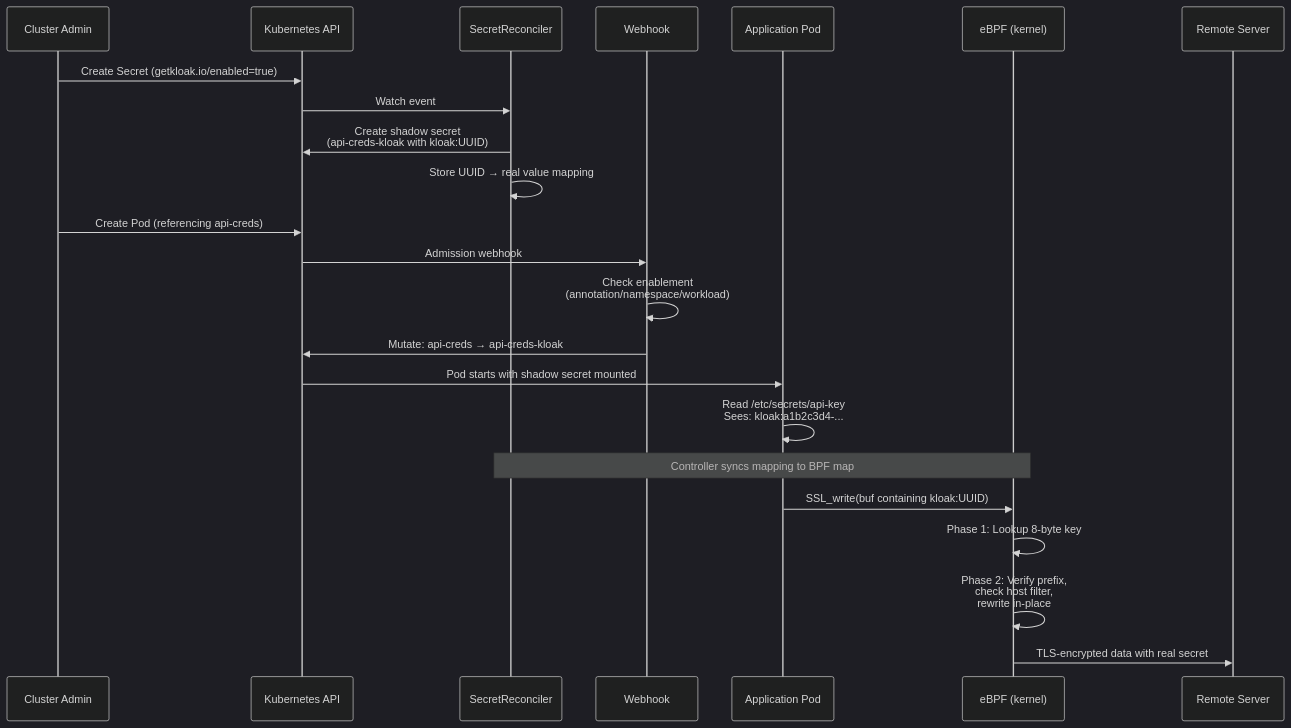
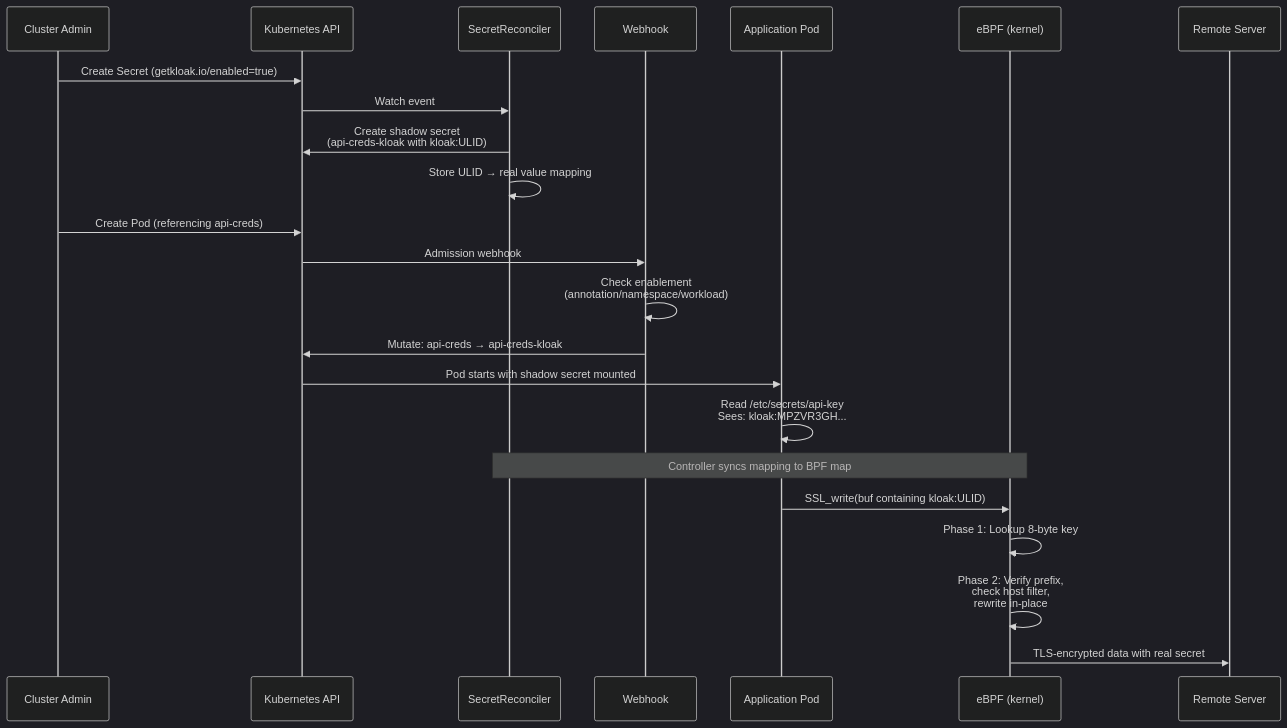
One commit to spinningfactory/kloak-web changed the first of 2 diagrams in docs/architecture/overview.md. Above: the diagram before and after it, drawn with Mermaid (dark theme). The commit also changed other lines of this file and 9 other files, not shown here.

First line of the commit message:
Replace UUID with ULID throughout docs and landing page

````diff
--- a/docs/architecture/overview.md
+++ b/docs/architecture/overview.md
@@ -51,30 +51,30 @@
 ```mermaid
 sequenceDiagram
     participant User as Cluster Admin
     participant K8s as Kubernetes API
     participant SR as SecretReconciler
     participant WH as Webhook
     participant App as Application Pod
     participant eBPF as eBPF (kernel)
     participant Remote as Remote Server
 
     User->>K8s: Create Secret (getkloak.io/enabled=true)
     K8s->>SR: Watch event
-    SR->>K8s: Create shadow secret<br/>(api-creds-kloak with kloak:UUID)
-    SR->>SR: Store UUID → real value mapping
+    SR->>K8s: Create shadow secret<br/>(api-creds-kloak with kloak:ULID)
+    SR->>SR: Store ULID → real value mapping
 
     User->>K8s: Create Pod (referencing api-creds)
     K8s->>WH: Admission webhook
     WH->>WH: Check enablement<br/>(annotation/namespace/workload)
     WH->>K8s: Mutate: api-creds → api-creds-kloak
     K8s->>App: Pod starts with shadow secret mounted
 
-    App->>App: Read /etc/secrets/api-key<br/>Sees: kloak:a1b2c3d4-...
+    App->>App: Read /etc/secrets/api-key<br/>Sees: kloak:MPZVR3GH...
 
     Note over SR,eBPF: Controller syncs mapping to BPF map
 
-    App->>eBPF: SSL_write(buf containing kloak:UUID)
+    App->>eBPF: SSL_write(buf containing kloak:ULID)
     eBPF->>eBPF: Phase 1: Lookup 8-byte key
     eBPF->>eBPF: Phase 2: Verify prefix,<br/>check host filter,<br/>rewrite in-place
     eBPF->>Remote: TLS-encrypted data with real secret
 ```
````
